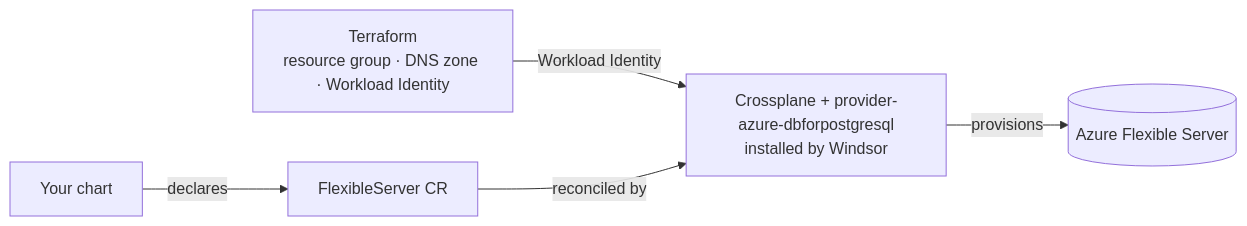
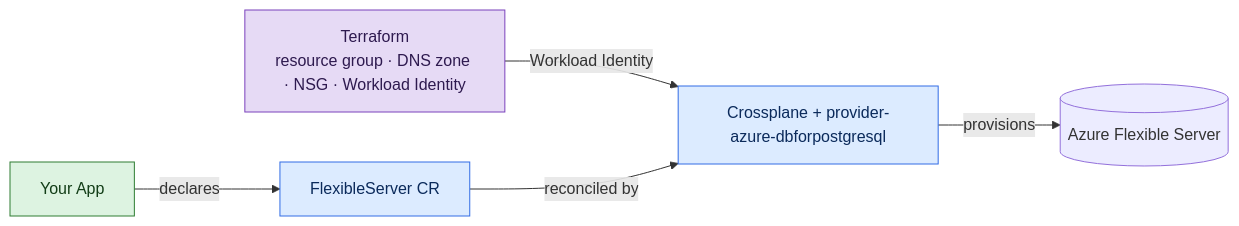
Before and after one commit to windsorcli/core: the diagram in docs/guides/database/azuredb.md, drawn with Mermaid. The commit also changed other lines of this file and 4 other files, not shown here.

````diff
--- a/docs/guides/database/azuredb.md
+++ b/docs/guides/database/azuredb.md
@@ -68,13 +87,19 @@
 ```mermaid
 flowchart LR
-  tf[Terraform<br/>resource group · DNS zone · Workload Identity]
-  crossplane[Crossplane + provider-azure-dbforpostgresql<br/>installed by Windsor]
-  chart[Your chart]
+  tf[Terraform<br/>resource group · DNS zone · NSG · Workload Identity]
+  crossplane[Crossplane + provider-azure-dbforpostgresql]
+  app[Your App]
   cr[FlexibleServer CR]
   azure[(Azure Flexible Server)]
 
   tf -->|Workload Identity| crossplane
-  chart -->|declares| cr
+  app -->|declares| cr
   cr -->|reconciled by| crossplane
   crossplane -->|provisions| azure
+  classDef terraform fill:#E6DAF5,stroke:#7B42BC,color:#2E1A4F
+  classDef k8s fill:#DCEBFF,stroke:#326CE5,color:#0B2A5B
+  classDef app fill:#DDF3E1,stroke:#2E7D32,color:#123D17
+  class tf terraform
+  class crossplane,cr k8s
+  class app app
 ```
````
